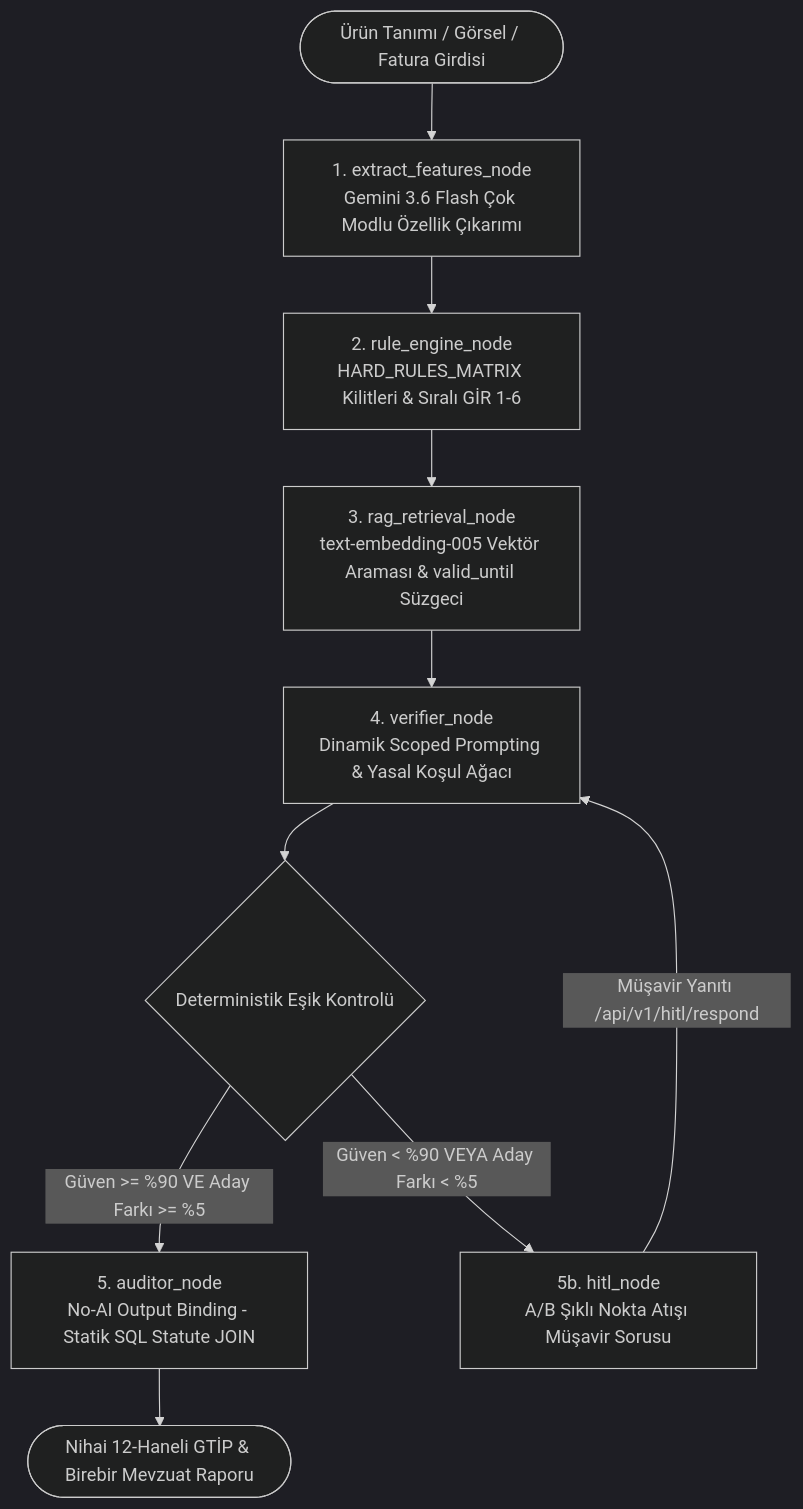
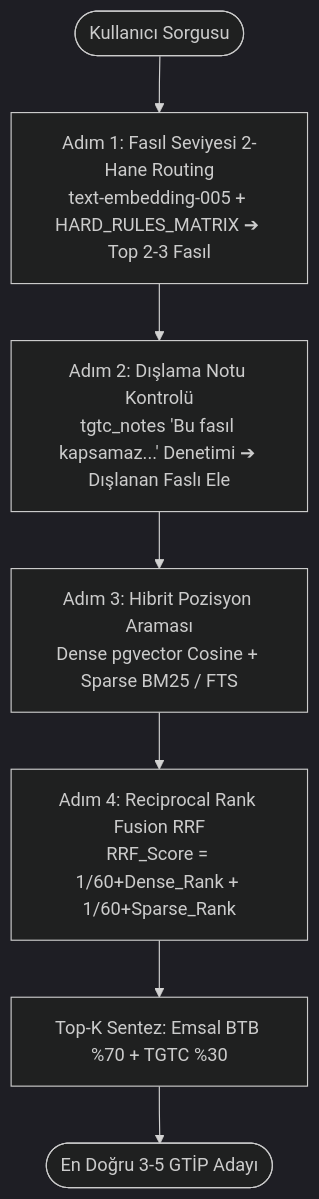
Before and after one commit to yusufarbc/yapay-zeka-gtip-tespiti: the second of 3 diagrams in gcp_architecture_report.md, drawn with Mermaid (dark theme). The commit also changed other lines of this file and 12 other files, not shown here.

Commit message:
feat: implement pgvector integration, 4-step hierarchical hybrid RAG, RRF scoring, multi-model tiering, and comprehensive test suite

````diff
--- a/gcp_architecture_report.md
+++ b/gcp_architecture_report.md
@@ -140,14 +168,9 @@
 ```mermaid
 flowchart TD
-    Start([Ürün Tanımı / Görsel / Fatura Girdisi]) --> Stage1[1. extract_features_node<br>Gemini 3.6 Flash Çok Modlu Özellik Çıkarımı]
-    Stage1 --> Stage2[2. rule_engine_node<br>HARD_RULES_MATRIX Kilitleri & Sıralı GİR 1-6]
-    Stage2 --> Stage3[3. rag_retrieval_node<br>text-embedding-005 Vektör Araması & valid_until Süzgeci]
-    Stage3 --> Stage4[4. verifier_node<br>Dinamik Scoped Prompting & Yasal Koşul Ağacı]
-    
-    Stage4 --> DecisionGate{Deterministik Eşik Kontrolü}
-    DecisionGate -->|Güven >= %90 VE Aday Farkı >= %5| Stage5[5. auditor_node<br>No-AI Output Binding - Statik SQL Statute JOIN]
-    DecisionGate -->|Güven < %90 VEYA Aday Farkı < %5| HITL[5b. hitl_node<br>A/B Şıklı Nokta Atışı Müşavir Sorusu]
-    
-    HITL -->|Müşavir Yanıtı /api/v1/hitl/respond| Stage4
-    Stage5 --> End([Nihai 12-Haneli GTİP & Birebir Mevzuat Raporu])
+    Query([Kullanıcı Sorgusu]) --> Step1[Adım 1: Fasıl Seviyesi 2-Hane Routing<br>text-embedding-005 + HARD_RULES_MATRIX ➔ Top 2-3 Fasıl]
+    Step1 --> Step2[Adım 2: Dışlama Notu Kontrolü<br>tgtc_notes 'Bu fasıl kapsamaz...' Denetimi ➔ Dışlanan Faslı Ele]
+    Step2 --> Step3[Adım 3: Hibrit Pozisyon Araması<br>Dense pgvector Cosine + Sparse BM25 / FTS]
+    Step3 --> Step4[Adım 4: Reciprocal Rank Fusion RRF<br>RRF_Score = 1/60+Dense_Rank + 1/60+Sparse_Rank]
+    Step4 --> ReRank[Top-K Sentez: Emsal BTB %70 + TGTC %30]
+    ReRank --> Output([En Doğru 3-5 GTİP Adayı])
 ```
````
